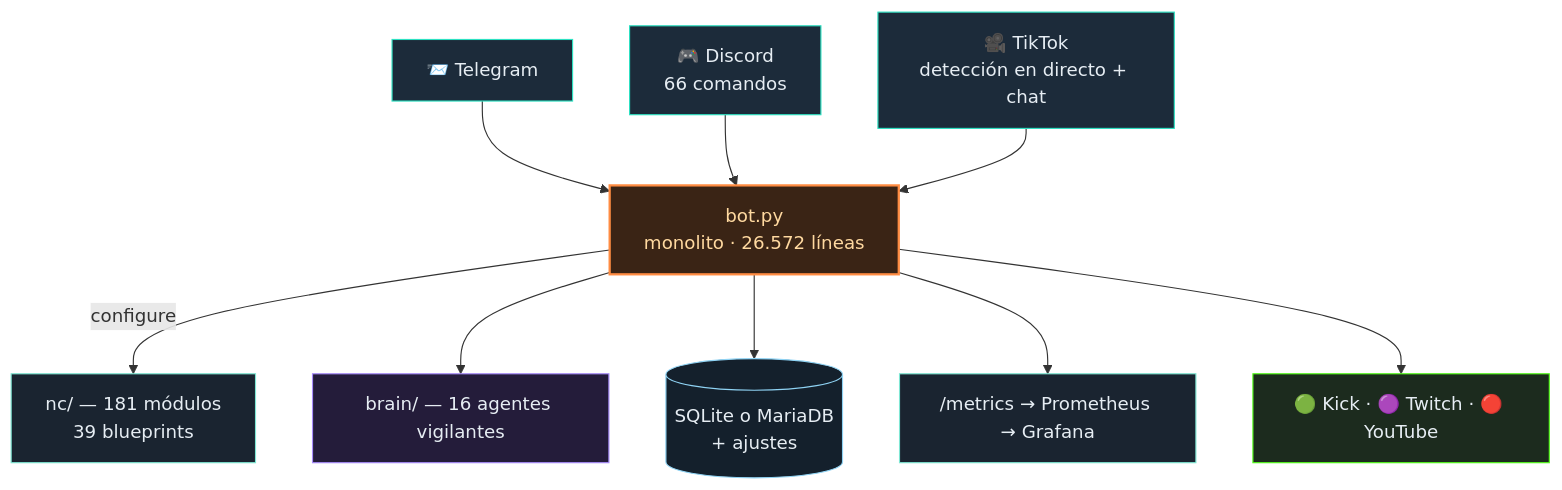
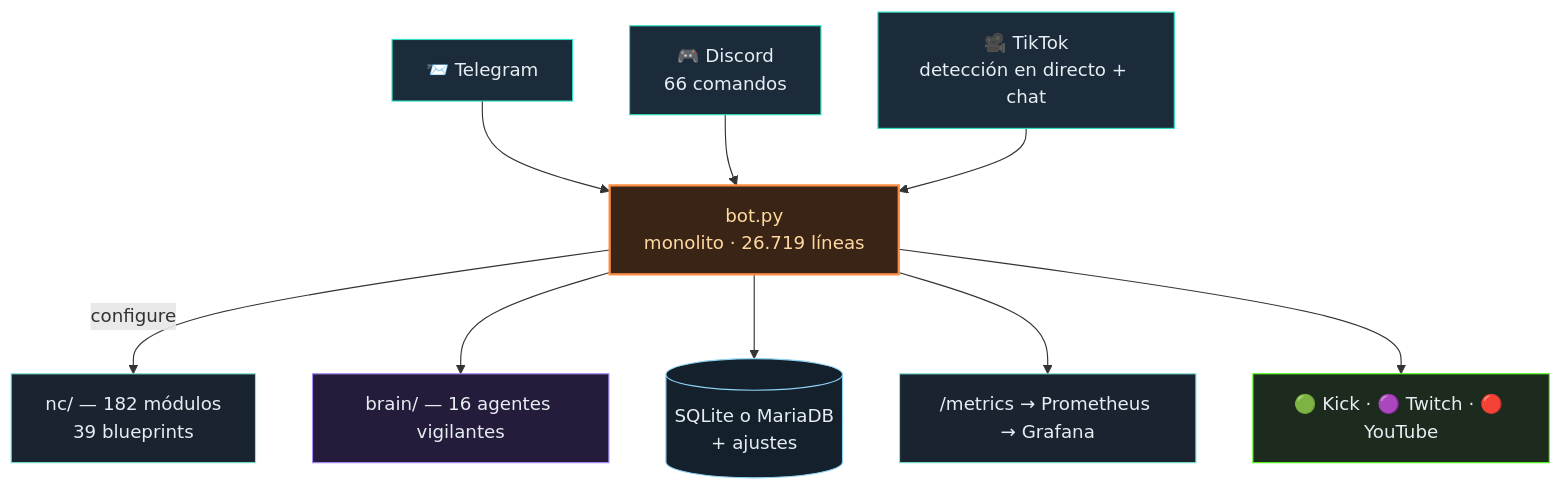
The diagram in README.es.md (itsamemedev/Telegram-Stream-Info-Bot), drawn with Mermaid before and after one commit. The commit also changed other lines of this file and 13 other files, not shown here.

````diff
--- a/README.es.md
+++ b/README.es.md
@@ -64,18 +64,18 @@
 ```mermaid
 flowchart TB
     TG["📨 Telegram"]:::ein --> BOT
     DC["🎮 Discord<br/>66 comandos"]:::ein --> BOT
     TT["🎥 TikTok<br/>detección en directo + chat"]:::ein --> BOT
-    BOT["bot.py<br/>monolito · 26.572 líneas"]:::core
-    BOT -->|configure| NC["nc/ — 181 módulos<br/>39 blueprints"]:::lib
+    BOT["bot.py<br/>monolito · 26.719 líneas"]:::core
+    BOT -->|configure| NC["nc/ — 182 módulos<br/>39 blueprints"]:::lib
     BOT --> BRAIN["brain/ — 16 agentes vigilantes"]:::brain
     BOT --> DB[("SQLite o MariaDB<br/>+ ajustes")]:::db
     BOT --> PROM["/metrics → Prometheus → Grafana"]:::lib
     BOT --> OUT["🟢 Kick · 🟣 Twitch · 🔴 YouTube"]:::out
     classDef ein fill:#1c2b3a,stroke:#2de1c2,color:#e6edf3
     classDef core fill:#3a2415,stroke:#ff8c42,stroke-width:2px,color:#ffd9a0
     classDef lib fill:#1a2430,stroke:#7fe7d4,color:#e6edf3
     classDef brain fill:#241c3a,stroke:#a78bfa,color:#e6edf3
     classDef db fill:#14202c,stroke:#8fd3f4,color:#e6edf3
     classDef out fill:#1c2b1e,stroke:#53fc18,color:#e6edf3
 ```
````
